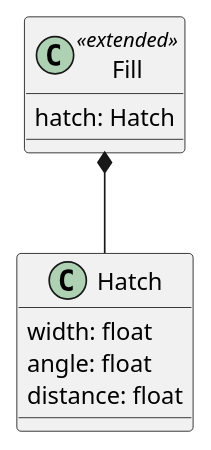
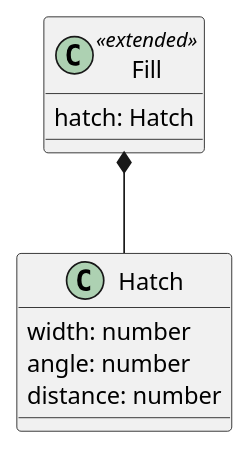
Before and after one commit to opengeospatial/cartographic-symbology: the first of 3 diagrams in 1-core/sections/clause_12_advanced_fills.adoc, drawn with PlantUML. The commit also changed other lines of this file and 16 other files, not shown here.

```diff
--- a/1-core/sections/clause_12_advanced_fills.adoc
+++ b/1-core/sections/clause_12_advanced_fills.adoc
@@ -15,12 +15,12 @@
 [plantuml, target=diagram-classes, format=png]
 ....
 @startuml
 class Fill <<extended>>
 Fill : hatch: Hatch
 Fill *-- Hatch
 
-Hatch : width: float
-Hatch : angle: float
-Hatch : distance: float
+Hatch : width: number
+Hatch : angle: number
+Hatch : distance: number
 @enduml
 ....
```
